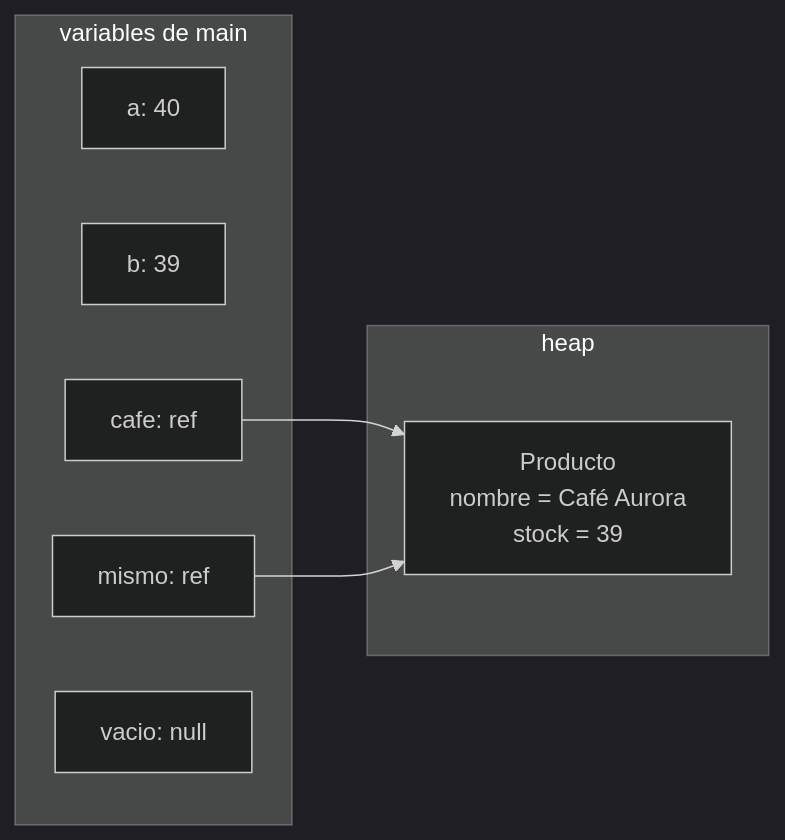
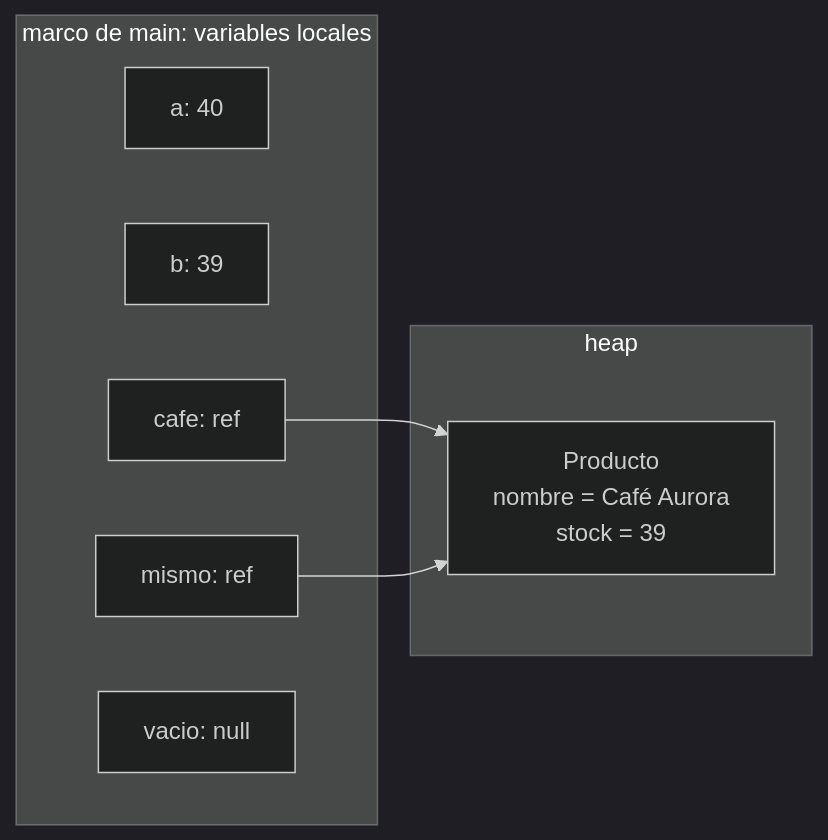
Before and after one commit to NICORUIZ93/The_Imperial_Book: the fourth of 9 diagrams in web/public/content/java/modulo-0.md, drawn with Mermaid (dark theme). The commit also changed other lines of this file and 65 other files, not shown here.

````diff
--- a/web/public/content/java/modulo-0.md
+++ b/web/public/content/java/modulo-0.md
@@ -2547,15 +2837,15 @@
 ```mermaid
 flowchart LR
-  subgraph VARS["variables de main"]
+  subgraph VARS["marco de main: variables locales"]
     A["a: 40"]
     B["b: 39"]
     CAFE["cafe: ref"]
     MISMO["mismo: ref"]
     VACIO["vacio: null"]
   end
   subgraph HEAP["heap"]
     P["Producto<br/>nombre = Café Aurora<br/>stock = 39"]
   end
   CAFE --> P
   MISMO --> P
 ```
````
